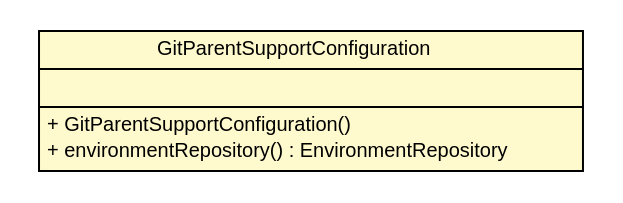
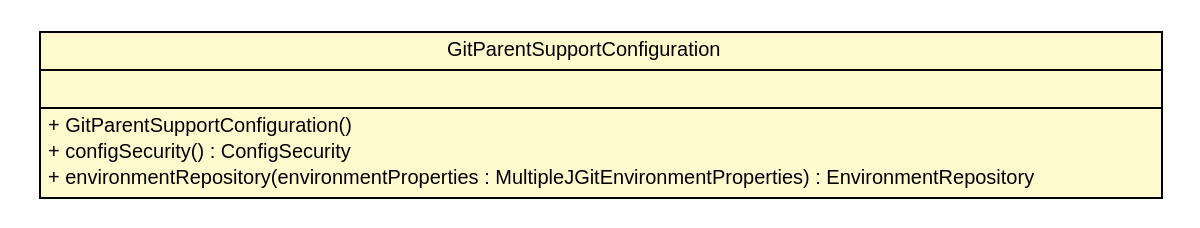
The diagram in snapshot/build-docker/maven-build-java8/spring-cloud-config/spring-cloud-config-server/apidocs/cn/home1/cloud/config/server/environment/GitParentSupportConfiguration.dot (sfeng9d/spring-cloud-config), drawn with Graphviz before and after one commit. The commit also changed 215 other files, not shown here.

Commit message:
Creating site for spring-cloud-config-server-2.0.1-springboot2-SNAPSHOT

```diff
--- a/snapshot/build-docker/maven-build-java8/spring-cloud-config/spring-cloud-config-server/apidocs/cn/home1/cloud/config/server/environment/GitParentSupportConfiguration.dot
+++ b/snapshot/build-docker/maven-build-java8/spring-cloud-config/spring-cloud-config-server/apidocs/cn/home1/cloud/config/server/environment/GitParentSupportConfiguration.dot
@@ -1,25 +1,26 @@
 #!/usr/local/bin/dot
 #
 # Class diagram 
 # Generated by UMLGraph version R5_6-24-gf6e263 (http://www.umlgraph.org/)
 #
 
 digraph G {
 	edge [fontname="Helvetica",fontsize=10,labelfontname="Helvetica",labelfontsize=10];
 	node [fontname="Helvetica",fontsize=10,shape=plaintext];
 	nodesep=0.25;
 	ranksep=0.5;
 	// cn.home1.cloud.config.server.environment.GitParentSupportConfiguration
-	c266 [label=<<table title="cn.home1.cloud.config.server.environment.GitParentSupportConfiguration" border="0" cellborder="1" cellspacing="0" cellpadding="2" port="p" bgcolor="lemonChiffon" href="./GitParentSupportConfiguration.html">
+	c281 [label=<<table title="cn.home1.cloud.config.server.environment.GitParentSupportConfiguration" border="0" cellborder="1" cellspacing="0" cellpadding="2" port="p" bgcolor="lemonChiffon" href="./GitParentSupportConfiguration.html">
 		<tr><td><table border="0" cellspacing="0" cellpadding="1">
 <tr><td align="center" balign="center"> GitParentSupportConfiguration </td></tr>
 		</table></td></tr>
 		<tr><td><table border="0" cellspacing="0" cellpadding="1">
 <tr><td align="left" balign="left">  </td></tr>
 		</table></td></tr>
 		<tr><td><table border="0" cellspacing="0" cellpadding="1">
 <tr><td align="left" balign="left"> + GitParentSupportConfiguration() </td></tr>
-<tr><td align="left" balign="left"> + environmentRepository() : EnvironmentRepository </td></tr>
+<tr><td align="left" balign="left"> + configSecurity() : ConfigSecurity </td></tr>
+<tr><td align="left" balign="left"> + environmentRepository(environmentProperties : MultipleJGitEnvironmentProperties) : EnvironmentRepository </td></tr>
 		</table></td></tr>
 		</table>>, URL="./GitParentSupportConfiguration.html", fontname="Helvetica", fontcolor="black", fontsize=10.0];
 }
```
